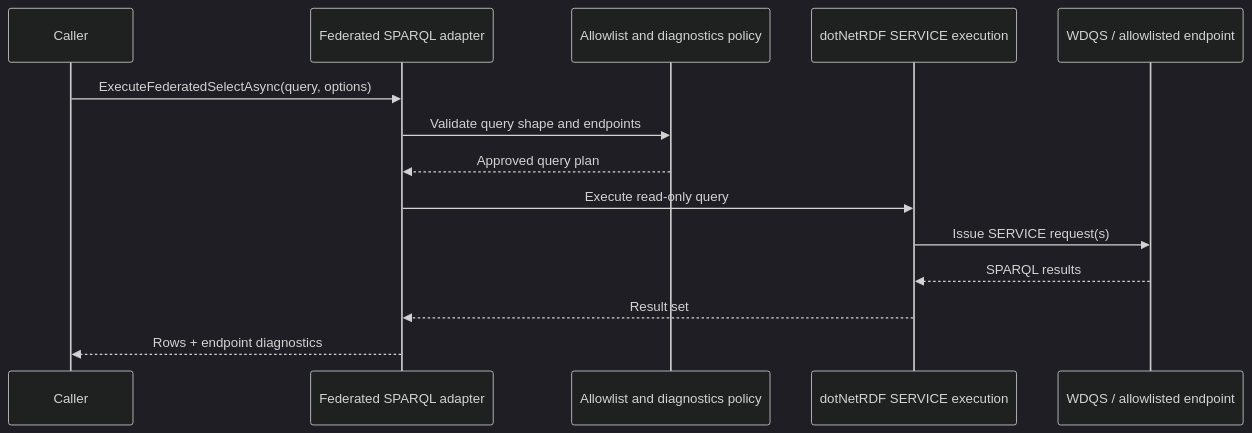
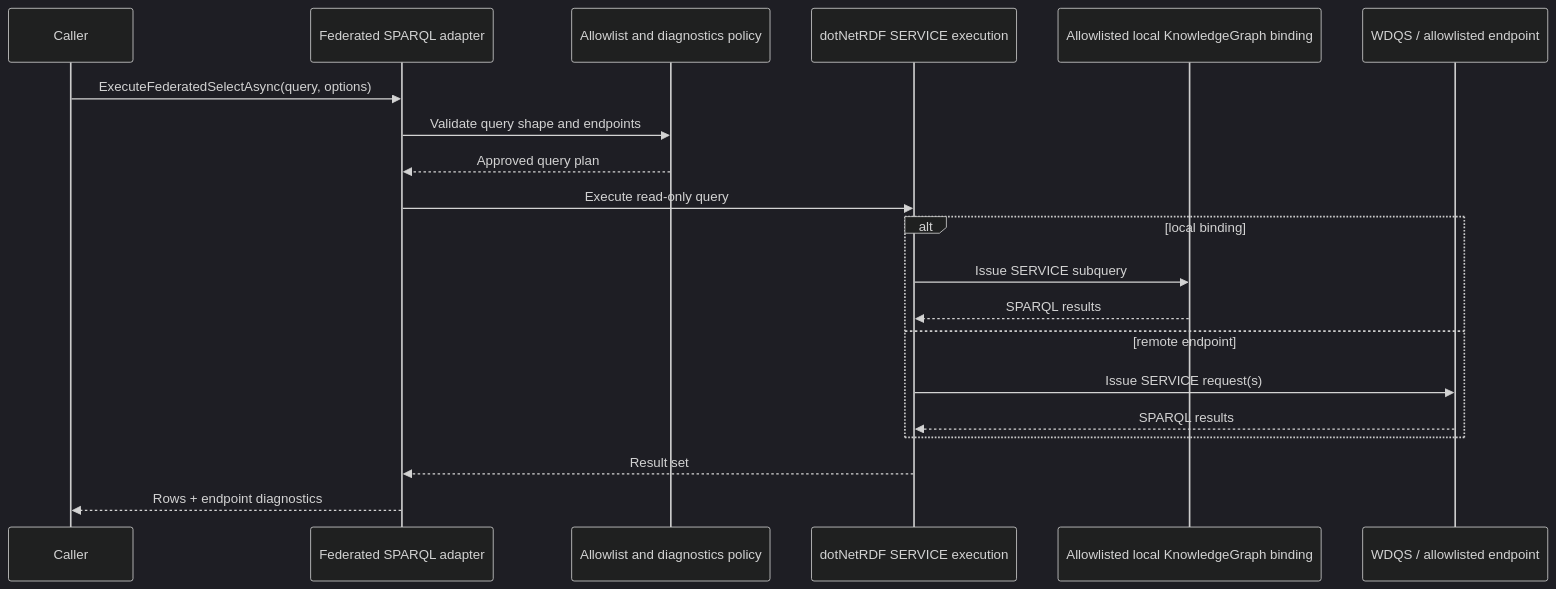
Before and after one commit to managedcode/markdown-ld-kb: the second of 2 diagrams in docs/Features/FederatedSparqlExecution.md, drawn with Mermaid (dark theme). The commit also changed other lines of this file and 54 other files, not shown here.

````diff
--- a/docs/Features/FederatedSparqlExecution.md
+++ b/docs/Features/FederatedSparqlExecution.md
@@ -91,17 +95,23 @@
 ```mermaid
 sequenceDiagram
     participant Caller
     participant Adapter as Federated SPARQL adapter
     participant Policy as Allowlist and diagnostics policy
     participant Engine as dotNetRDF SERVICE execution
+    participant Local as Allowlisted local KnowledgeGraph binding
     participant Remote as WDQS / allowlisted endpoint
 
     Caller->>Adapter: ExecuteFederatedSelectAsync(query, options)
     Adapter->>Policy: Validate query shape and endpoints
     Policy-->>Adapter: Approved query plan
     Adapter->>Engine: Execute read-only query
-    Engine->>Remote: Issue SERVICE request(s)
-    Remote-->>Engine: SPARQL results
+    alt local binding
+        Engine->>Local: Issue SERVICE subquery
+        Local-->>Engine: SPARQL results
+    else remote endpoint
+        Engine->>Remote: Issue SERVICE request(s)
+        Remote-->>Engine: SPARQL results
+    end
     Engine-->>Adapter: Result set
     Adapter-->>Caller: Rows + endpoint diagnostics
 ```
````
